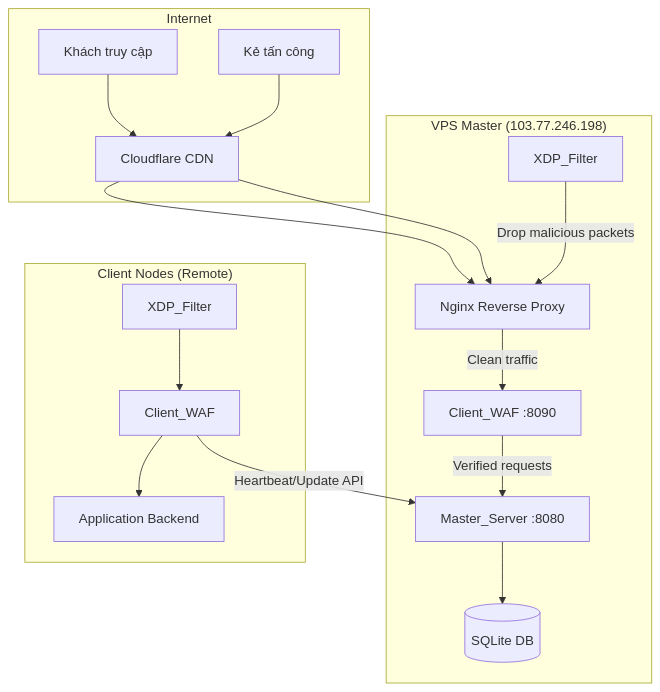
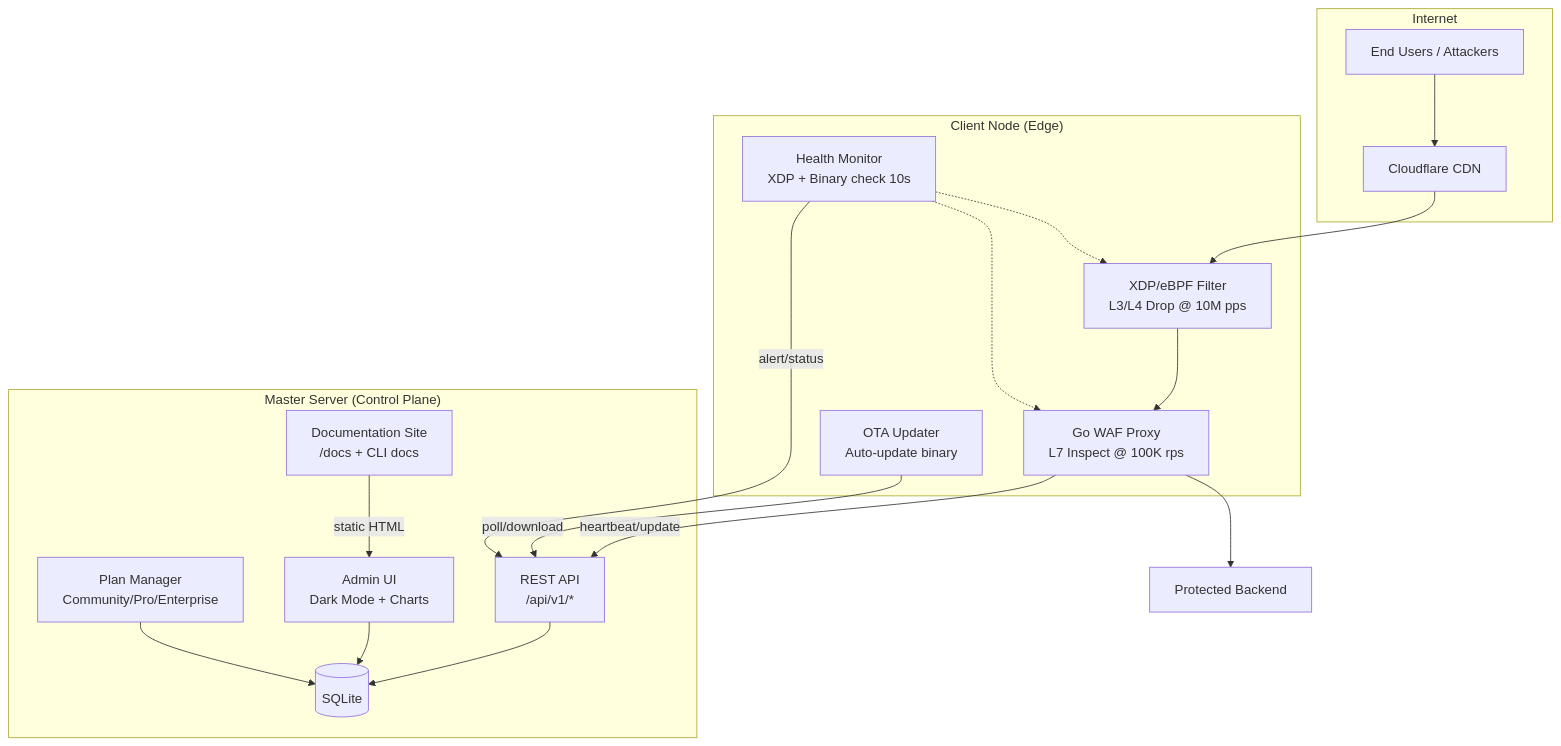
One commit to hoangtuvungcao/kiro_waf changed the first of 5 diagrams in .kiro/specs/waf-system-overhaul/design.md. Above: the diagram before and after it, drawn with Mermaid. The commit also changed other lines of this file and 286 other files, not shown here.

First line of the commit message:
feat: WAF system overhaul - Community auto-register, docs restructure, deploy fixes

````diff
--- a/.kiro/specs/waf-system-overhaul/design.md
+++ b/.kiro/specs/waf-system-overhaul/design.md
@@ -29,33 +27,33 @@
 ```mermaid
 graph TB
-    subgraph Internet
-        User[Khách truy cập]
-        Attacker[Kẻ tấn công]
+    subgraph "Internet"
+        USER[End Users / Attackers]
         CF[Cloudflare CDN]
     end
 
-    subgraph VPS_Master["VPS Master (103.77.246.198)"]
-        Nginx[Nginx Reverse Proxy]
-        ClientWAF[Client_WAF :8090]
-        MasterServer[Master_Server :8080]
-        SQLite[(SQLite DB)]
-        XDP[XDP_Filter]
+    subgraph "Client Node (Edge)"
+        XDP[XDP/eBPF Filter<br/>L3/L4 Drop @ 10M pps]
+        WAF[Go WAF Proxy<br/>L7 Inspect @ 100K rps]
+        OTA[OTA Updater<br/>Auto-update binary]
+        MON[Health Monitor<br/>XDP + Binary check 10s]
     end
 
-    subgraph Client_Nodes["Client Nodes (Remote)"]
-        RemoteClient[Client_WAF]
-        RemoteXDP[XDP_Filter]
-        Backend[Application Backend]
+    subgraph "Master Server (Control Plane)"
+        API[REST API<br/>/api/v1/*]
+        ADMIN[Admin UI<br/>Dark Mode + Charts]
+        DOCS[Documentation Site<br/>/docs + CLI docs]
+        DB[(SQLite)]
+        PLAN[Plan Manager<br/>Community/Pro/Enterprise]
     end
 
-    User --> CF --> Nginx
-    Attacker --> CF --> Nginx
-    Nginx --> |"Clean traffic"| ClientWAF
-    ClientWAF --> |"Verified requests"| MasterServer
-    MasterServer --> SQLite
-    XDP --> |"Drop malicious packets"| Nginx
-
-    RemoteClient --> |"Heartbeat/Update API"| MasterServer
-    RemoteClient --> Backend
-    RemoteXDP --> RemoteClient
+    USER --> CF --> XDP --> WAF --> BACKEND[Protected Backend]
+    WAF -- heartbeat/update --> API
+    OTA -- poll/download --> API
+    MON -- alert/status --> API
+    MON -.-> XDP
+    MON -.-> WAF
+    API --> DB
+    ADMIN --> DB
+    PLAN --> DB
+    DOCS --> |static HTML| ADMIN
 ```
````
